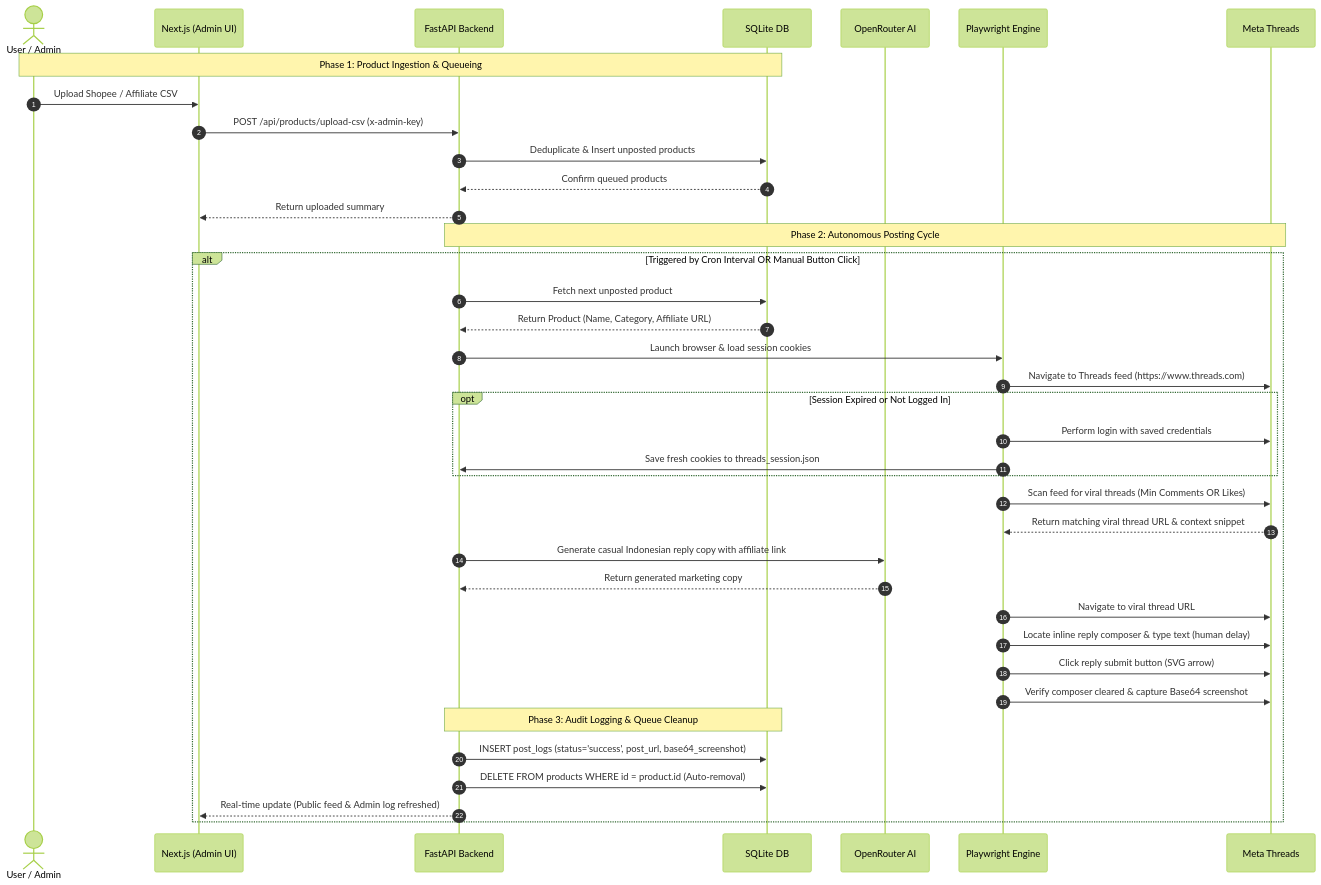
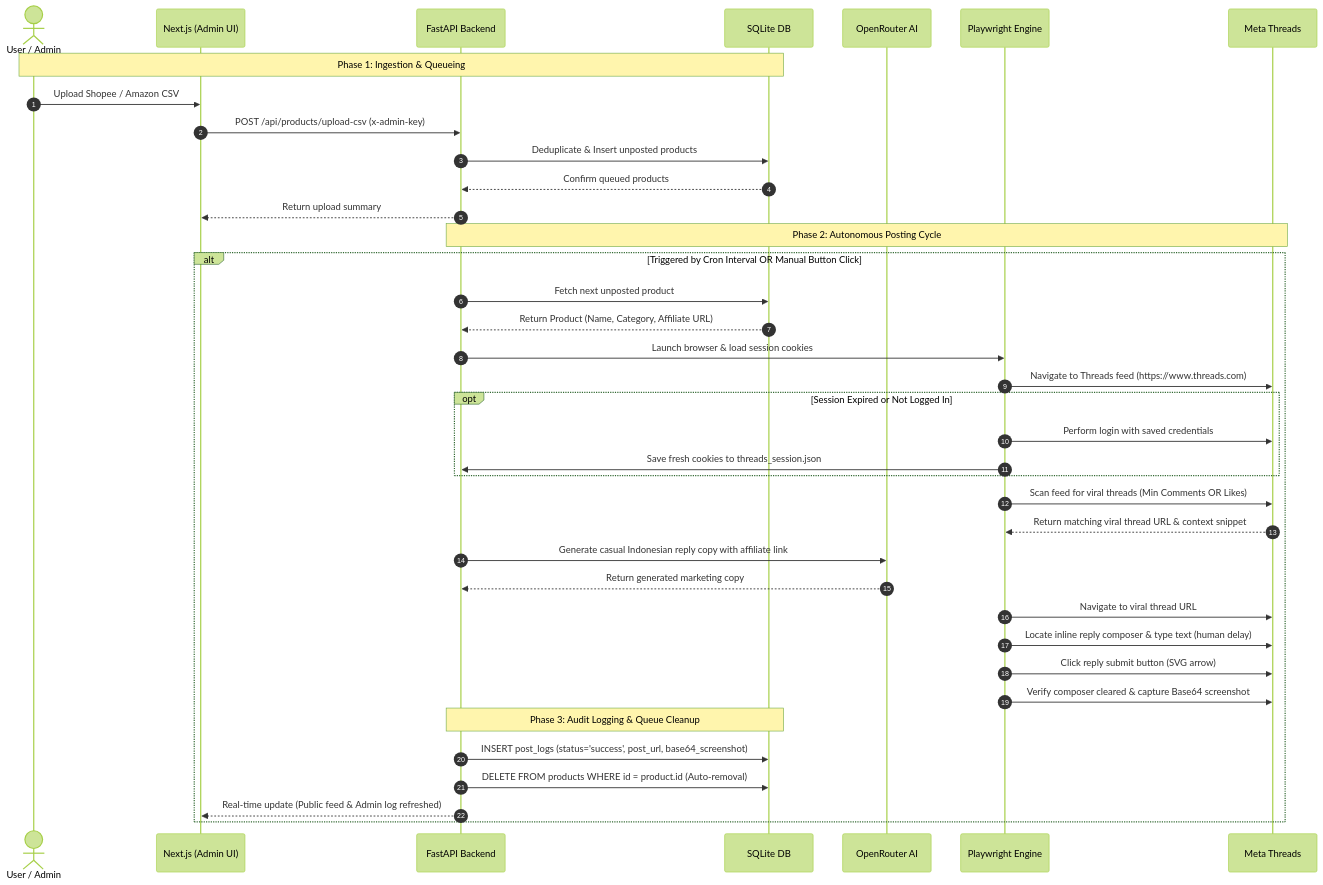
Before and after one commit to tirenn/affiliate: the second of 5 diagrams in ARCHITECTURE.md, drawn with Mermaid (forest theme). The commit also changed other lines of this file and 2 other files, not shown here.

Commit message:
docs: add architectural flow diagrams and update documentation mapping

````diff
--- a/ARCHITECTURE.md
+++ b/ARCHITECTURE.md
@@ -88,49 +90,49 @@
 ```mermaid
 sequenceDiagram
     autonumber
     actor Admin as User / Admin
     participant FE as Next.js (Admin UI)
     participant BE as FastAPI Backend
     participant DB as SQLite DB
     participant LLM as OpenRouter AI
     participant PW as Playwright Engine
     participant TH as Meta Threads
 
-    Note over Admin,DB: Phase 1: Product Ingestion & Queueing
-    Admin->>FE: Upload Shopee / Affiliate CSV
+    Note over Admin,DB: Phase 1: Ingestion & Queueing
+    Admin->>FE: Upload Shopee / Amazon CSV
     FE->>BE: POST /api/products/upload-csv (x-admin-key)
     BE->>DB: Deduplicate & Insert unposted products
     DB-->>BE: Confirm queued products
-    BE-->>FE: Return uploaded summary
+    BE-->>FE: Return upload summary
 
     Note over BE,TH: Phase 2: Autonomous Posting Cycle
     alt Triggered by Cron Interval OR Manual Button Click
         BE->>DB: Fetch next unposted product
         DB-->>BE: Return Product (Name, Category, Affiliate URL)
         
         BE->>PW: Launch browser & load session cookies
         PW->>TH: Navigate to Threads feed (https://www.threads.com)
         
         opt Session Expired or Not Logged In
             PW->>TH: Perform login with saved credentials
             PW->>BE: Save fresh cookies to threads_session.json
         end
 
         PW->>TH: Scan feed for viral threads (Min Comments OR Likes)
         TH-->>PW: Return matching viral thread URL & context snippet
         
         BE->>LLM: Generate casual Indonesian reply copy with affiliate link
         LLM-->>BE: Return generated marketing copy
         
         PW->>TH: Navigate to viral thread URL
         PW->>TH: Locate inline reply composer & type text (human delay)
         PW->>TH: Click reply submit button (SVG arrow)
         PW->>TH: Verify composer cleared & capture Base64 screenshot
         
         Note over BE,DB: Phase 3: Audit Logging & Queue Cleanup
         BE->>DB: INSERT post_logs (status='success', post_url, base64_screenshot)
         BE->>DB: DELETE FROM products WHERE id = product.id (Auto-removal)
         
         BE-->>FE: Real-time update (Public feed & Admin log refreshed)
     end
 ```
````
